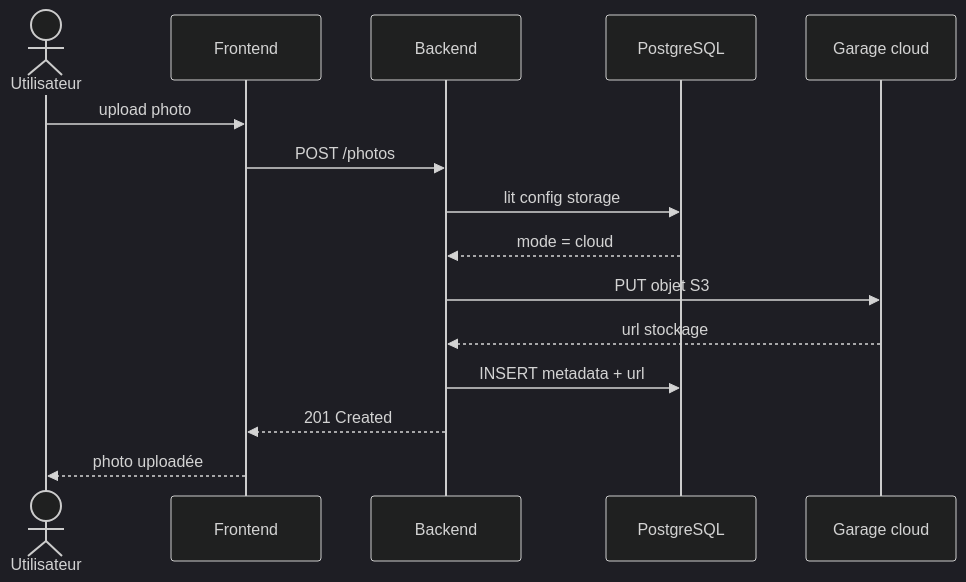
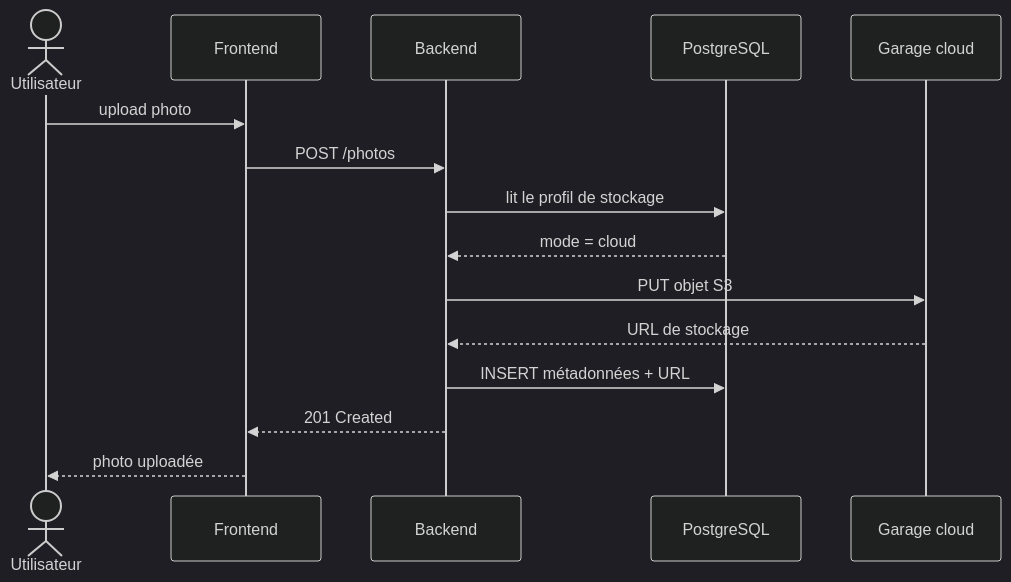
One commit to BOINAR/sovlens changed the first of 3 diagrams in documentation/architecture/sequence-killer-feature.md. Above: the diagram before and after it, drawn with Mermaid. The commit also changed other lines of this file and 12 other files, not shown here.

Commit message:
docs: complete architecture and database documentation

````diff
--- a/documentation/architecture/sequence-killer-feature.md
+++ b/documentation/architecture/sequence-killer-feature.md
@@ -5,19 +5,19 @@
 ```mermaid
 %%{init: {'theme': 'dark', 'themeVariables': {'fontSize': '16px'}}}%%
 sequenceDiagram
   actor U as Utilisateur
   participant F as Frontend
   participant B as Backend
   participant DB as PostgreSQL
   participant GC as Garage cloud
 
   U->>F: upload photo
   F->>B: POST /photos
-  B->>DB: lit config storage
+  B->>DB: lit le profil de stockage
   DB-->>B: mode = cloud
   B->>GC: PUT objet S3
-  GC-->>B: url stockage
-  B->>DB: INSERT metadata + url
+  GC-->>B: URL de stockage
+  B->>DB: INSERT métadonnées + URL
   B-->>F: 201 Created
   F-->>U: photo uploadée
 ```
````
